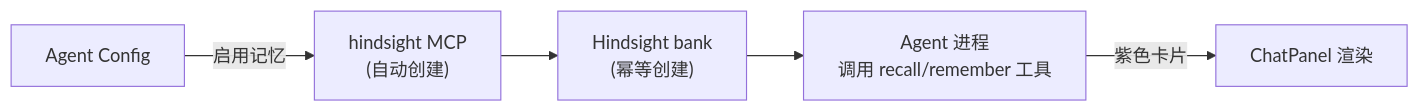
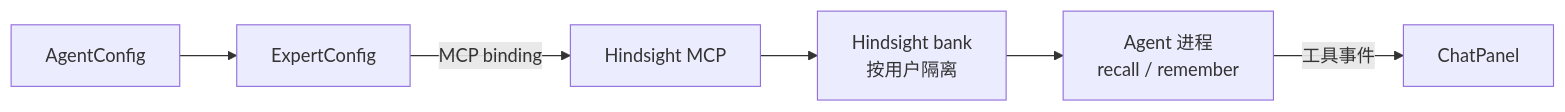
One commit to HuangPuStar/FenixAgent changed the diagram in docs/arch/06-config-hindsight.md. Above: the diagram before and after it, drawn with Mermaid. The commit also changed other lines of this file and 13 other files, not shown here.

````diff
--- a/docs/arch/06-config-hindsight.md
+++ b/docs/arch/06-config-hindsight.md
@@ -11,7 +9,8 @@
 ```mermaid
 flowchart LR
-    AC[Agent Config] -->|"启用记忆"| HM["hindsight MCP<br/>(自动创建)"]
-    HM --> BK["Hindsight bank<br/>(幂等创建)"]
-    BK --> AG["Agent 进程<br/>调用 recall/remember 工具"]
-    AG -->|"紫色卡片"| FE[ChatPanel 渲染]
+    AC[AgentConfig] --> EC[ExpertConfig]
+    EC -->|MCP binding| HM[Hindsight MCP]
+    HM --> BK["Hindsight bank<br/>按用户隔离"]
+    BK --> AG["Agent 进程<br/>recall / remember"]
+    AG -->|工具事件| FE[ChatPanel]
 ```
````
